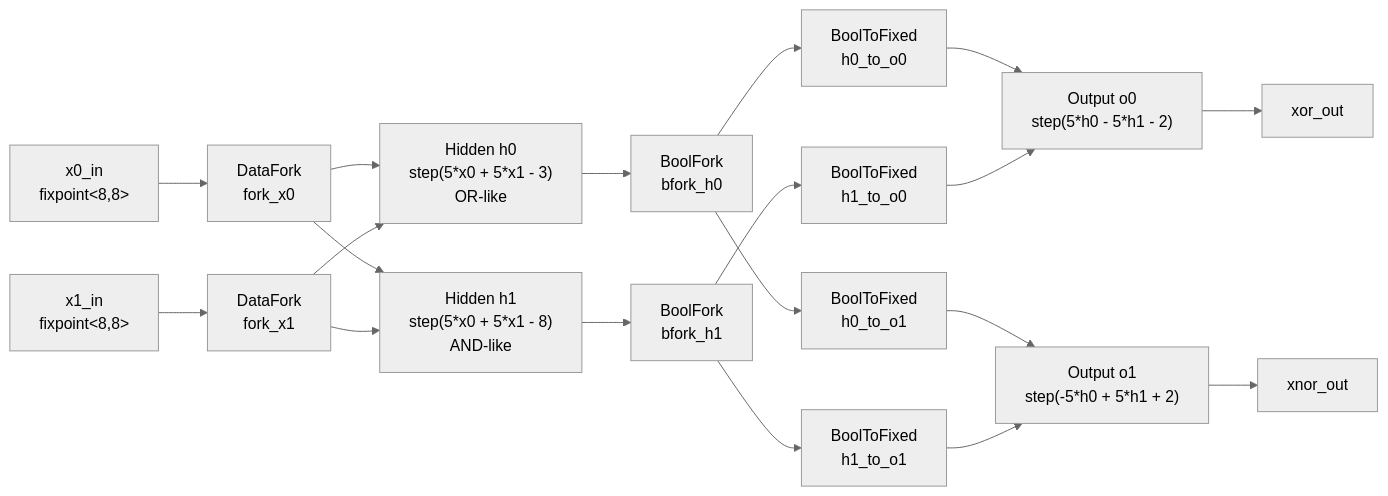
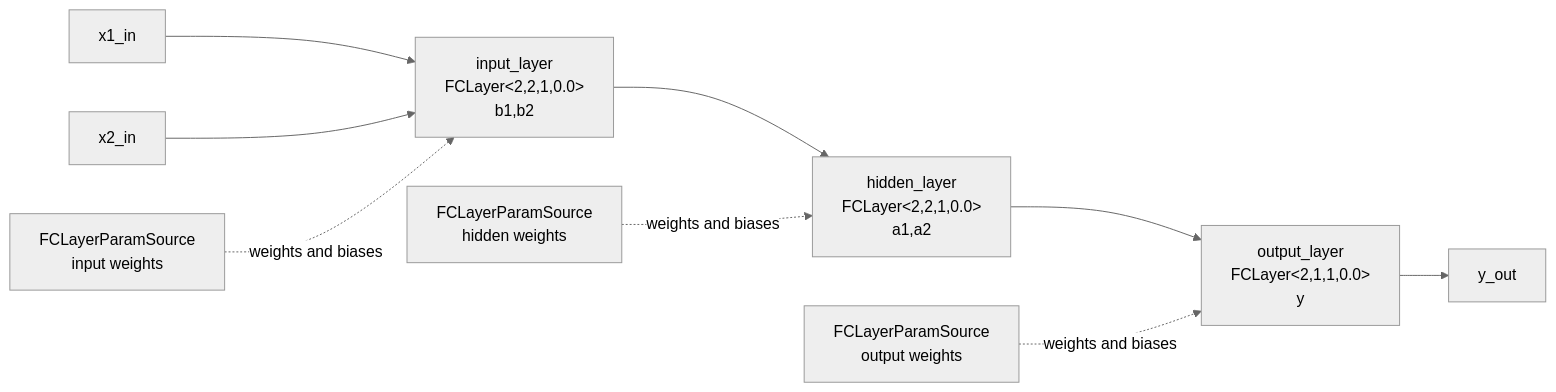
Before and after one commit to rifkifi/Async-AI-Pipelines: the second of 2 diagrams in README.md, drawn with Mermaid (neutral theme). The commit also changed other lines of this file and 12 other files, not shown here.

````diff
--- a/README.md
+++ b/README.md
@@ -9,26 +355,22 @@
 ```mermaid
 flowchart LR
-    x0["x0_in<br/>fixpoint&lt;8,8&gt;"] --> fx0["DataFork<br/>fork_x0"]
-    x1["x1_in<br/>fixpoint&lt;8,8&gt;"] --> fx1["DataFork<br/>fork_x1"]
+    x1["x1_in"]
+    x2["x2_in"]
+    inp["input_layer<br/>FCLayer<2,2,1,0.0><br/>b1,b2"]
+    hid["hidden_layer<br/>FCLayer<2,2,1,0.0><br/>a1,a2"]
+    outlayer["output_layer<br/>FCLayer<2,1,1,0.0><br/>y"]
+    y["y_out"]
 
-    fx0 --> h0["Hidden h0<br/>step(5*x0 + 5*x1 - 3)<br/>OR-like"]
-    fx1 --> h0
-    fx0 --> h1["Hidden h1<br/>step(5*x0 + 5*x1 - 8)<br/>AND-like"]
-    fx1 --> h1
+    p0["FCLayerParamSource<br/>input weights"]
+    p1["FCLayerParamSource<br/>hidden weights"]
+    p2["FCLayerParamSource<br/>output weights"]
 
-    h0 --> bh0["BoolFork<br/>bfork_h0"]
-    h1 --> bh1["BoolFork<br/>bfork_h1"]
-
-    bh0 --> h0o0["BoolToFixed<br/>h0_to_o0"]
-    bh0 --> h0o1["BoolToFixed<br/>h0_to_o1"]
-    bh1 --> h1o0["BoolToFixed<br/>h1_to_o0"]
-    bh1 --> h1o1["BoolToFixed<br/>h1_to_o1"]
-
-    h0o0 --> o0["Output o0<br/>step(5*h0 - 5*h1 - 2)"]
-    h1o0 --> o0
-    h0o1 --> o1["Output o1<br/>step(-5*h0 + 5*h1 + 2)"]
-    h1o1 --> o1
-
-    o0 --> xor["xor_out"]
-    o1 --> xnor["xnor_out"]
+    x1 --> inp
+    x2 --> inp
+    p0 -. weights and biases .-> inp
+    inp --> hid
+    p1 -. weights and biases .-> hid
+    hid --> outlayer
+    p2 -. weights and biases .-> outlayer
+    outlayer --> y
 ```
````
